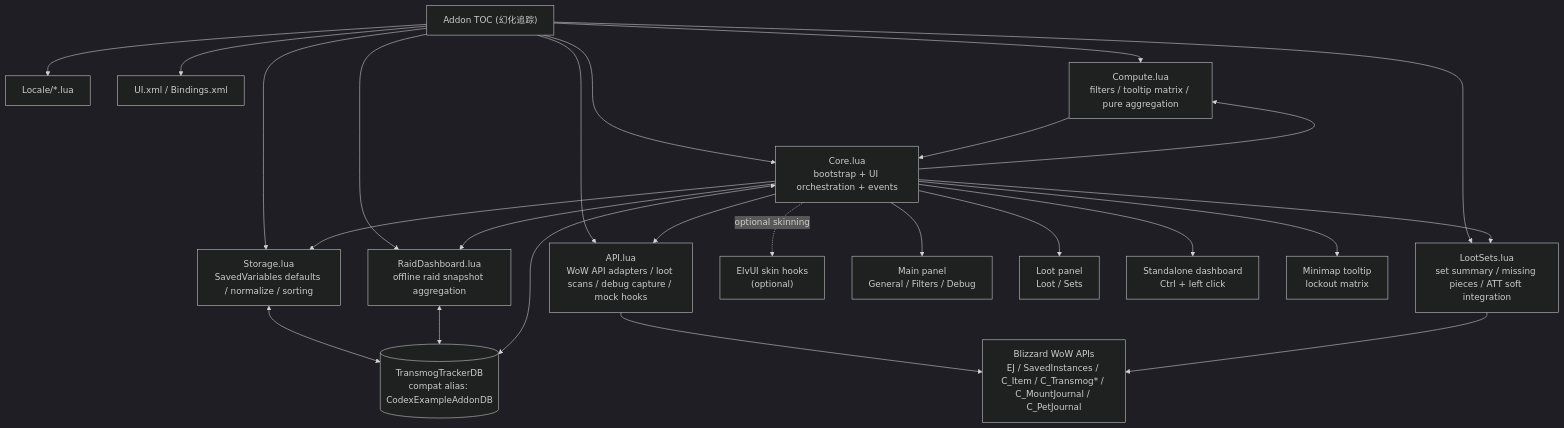
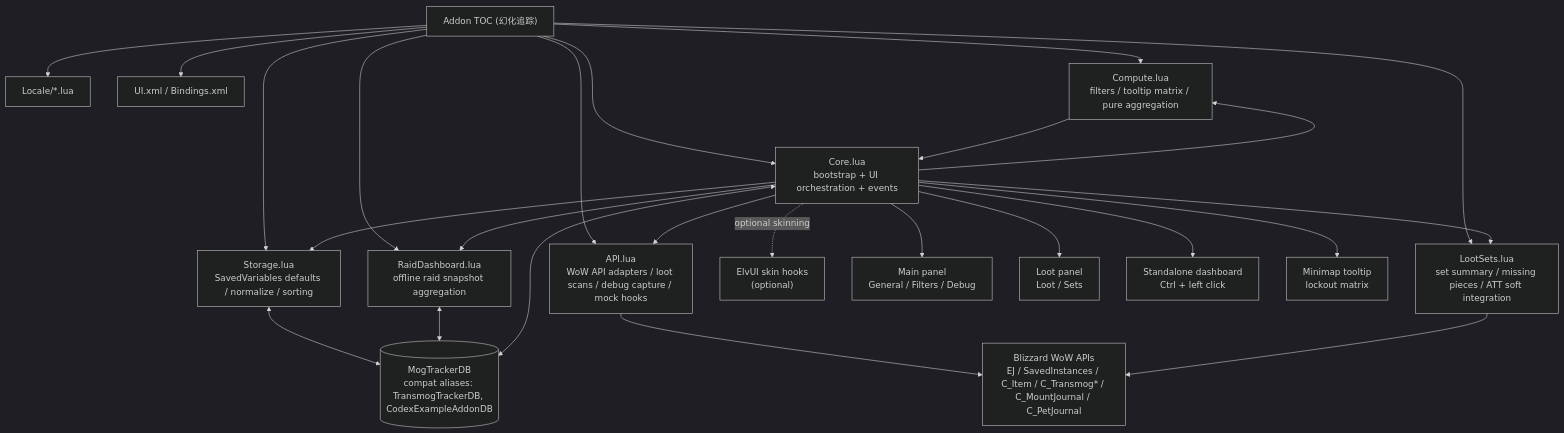
One commit to terencefan/inority-wow changed the diagram in README.md. Above: the diagram before and after it, drawn with Mermaid (dark theme). The commit also changed other lines of this file and 23 other files, not shown here.

````diff
--- a/README.md
+++ b/README.md
@@ -15,45 +15,45 @@
 ```mermaid
 flowchart TD
     TOC["Addon TOC (幻化追踪)"]
     Locale["Locale/*.lua"]
     XML["UI.xml / Bindings.xml"]
     Core["Core.lua\nbootstrap + UI orchestration + events"]
     Storage["Storage.lua\nSavedVariables defaults / normalize / sorting"]
     Compute["Compute.lua\nfilters / tooltip matrix / pure aggregation"]
     API["API.lua\nWoW API adapters / loot scans / debug capture / mock hooks"]
     LootSets["LootSets.lua\nset summary / missing pieces / ATT soft integration"]
     Dashboard["RaidDashboard.lua\noffline raid snapshot aggregation"]
-    DB[("TransmogTrackerDB\ncompat alias: CodexExampleAddonDB")]
+    DB[("MogTrackerDB\ncompat aliases: TransmogTrackerDB, CodexExampleAddonDB")]
     Blizzard["Blizzard WoW APIs\nEJ / SavedInstances / C_Item / C_Transmog* / C_MountJournal / C_PetJournal"]
     ElvUI["ElvUI skin hooks\n(optional)"]
     MainUI["Main panel\nGeneral / Filters / Debug"]
     LootUI["Loot panel\nLoot / Sets"]
     DashboardUI["Standalone dashboard\nCtrl + left click"]
     Tooltip["Minimap tooltip\nlockout matrix"]
 
     TOC --> Locale
     TOC --> Storage
     TOC --> Compute
     TOC --> API
     TOC --> LootSets
     TOC --> Dashboard
     TOC --> XML
     TOC --> Core
 
     Core --> Storage
     Core --> Compute
     Core --> API
     Core --> LootSets
     Core --> Dashboard
     Core --> MainUI
     Core --> LootUI
     Core --> DashboardUI
     Core --> Tooltip
     Storage <--> DB
     Dashboard <--> DB
     API --> Blizzard
     LootSets --> Blizzard
     Core <--> DB
     Compute --> Core
     Core -. optional skinning .-> ElvUI
 ```
````
